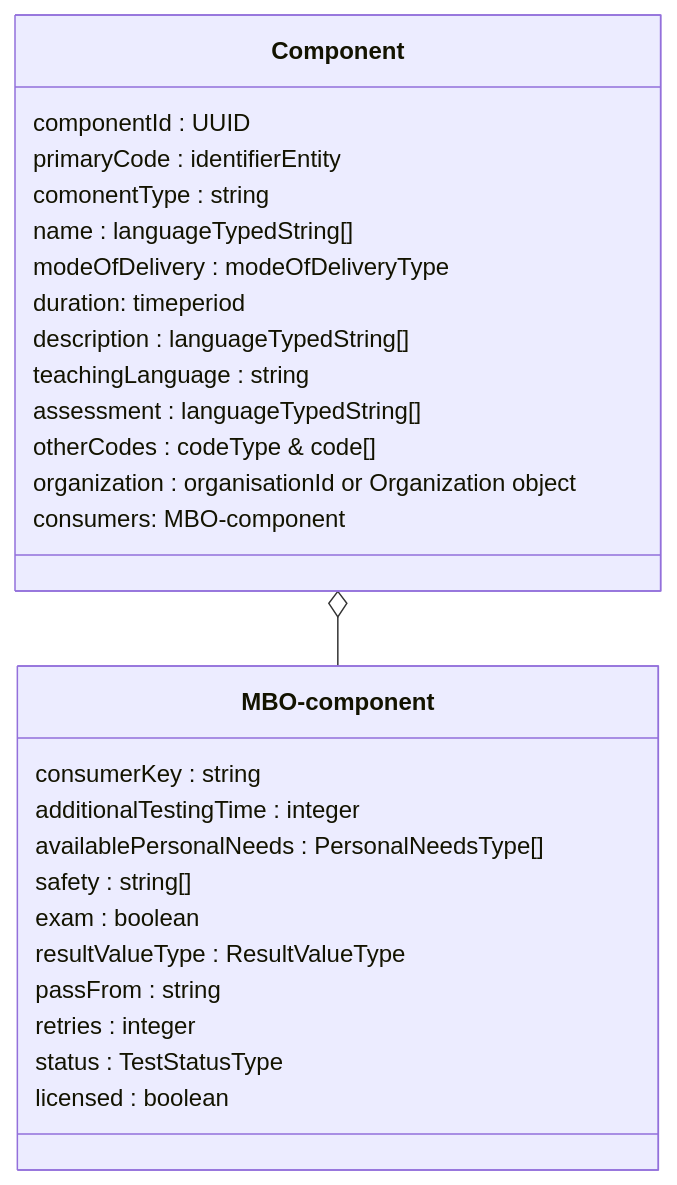
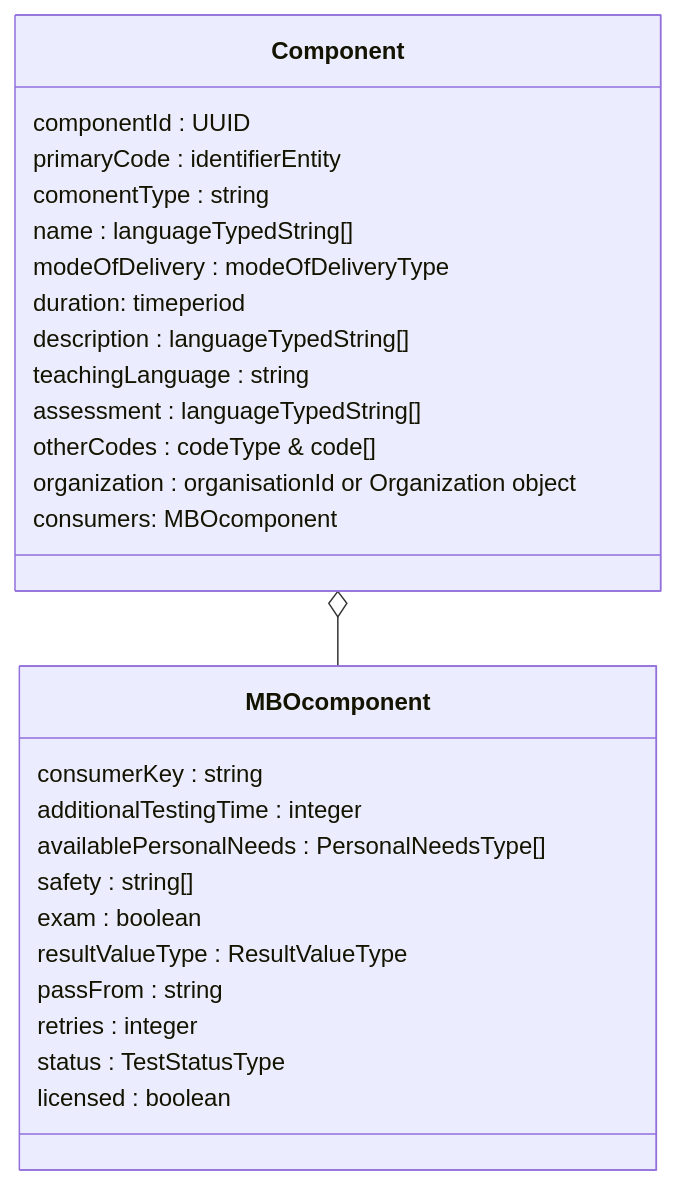
The second of 3 diagrams in doc/flow0.md (NetwerkExamineringDigitalisering/NED-OOAPI), drawn with Mermaid before and after one commit.

````diff
--- a/doc/flow0.md
+++ b/doc/flow0.md
@@ -21,30 +21,30 @@
 ```mermaid
 classDiagram
     class Component {
     	componentId : UUID
 	primaryCode : identifierEntity
 	comonentType : string
 	name : languageTypedString[]
 	modeOfDelivery : modeOfDeliveryType
     duration: timeperiod
 	description : languageTypedString[]
 	teachingLanguage : string
 	assessment : languageTypedString[]
 	otherCodes : codeType & code[]
 	organization : organisationId or Organization object
-    consumers: MBO-component
+    consumers: MBOcomponent
     }
-    class MBO-component {
+    class MBOcomponent {
     	consumerKey : string
 	additionalTestingTime : integer
 	availablePersonalNeeds : PersonalNeedsType[]
 	safety : string[]
 	exam : boolean
 	resultValueType : ResultValueType
 	passFrom : string
 	retries : integer
 	status : TestStatusType
 	licensed : boolean
     }
-    Component o-- MBO-component
+    Component o-- MBOcomponent
 ```
````
